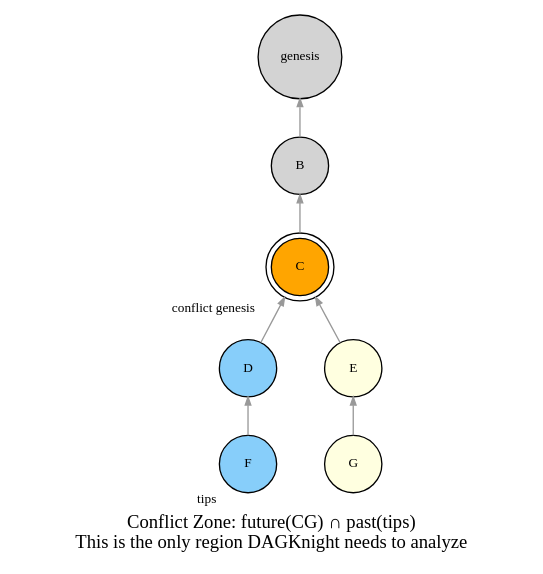
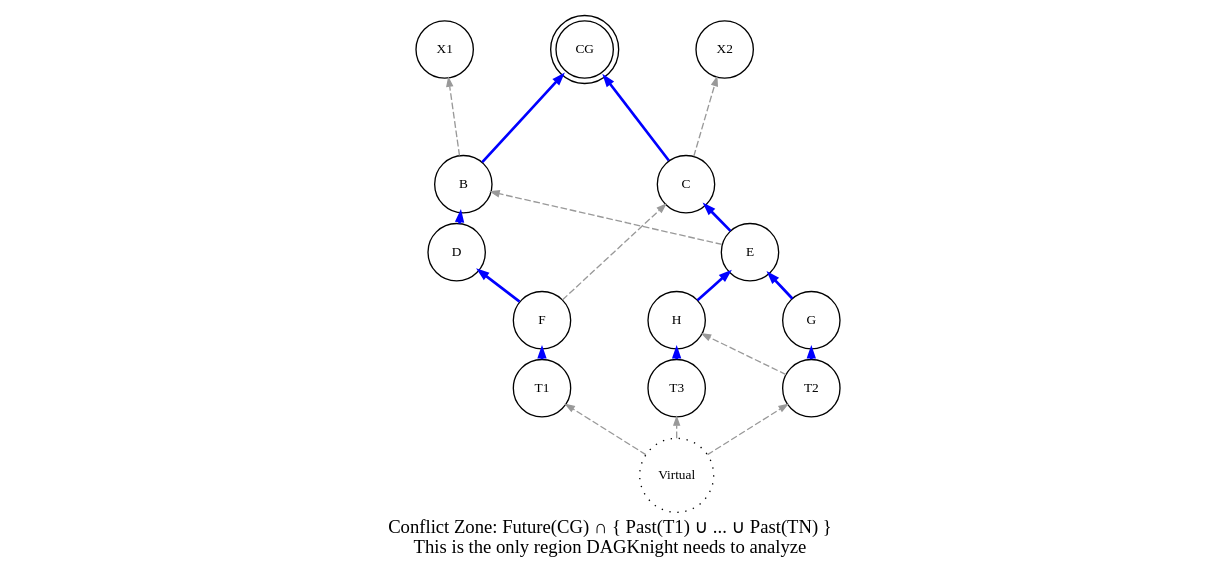
Before and after one commit to coderofstuff/dk-wiki: the diagram in dot/03-conflict-zone.dot, drawn with Graphviz. The commit also changed 9 other files, not shown here.

Commit message:
Improve on conflict zone graphics

```diff
--- a/dot/03-conflict-zone.dot
+++ b/dot/03-conflict-zone.dot
@@ -1,50 +1,64 @@
 digraph conflict_zone {
     rankdir=BT;
-    nodesep=0.5;
-    ranksep=0.4;
-    node [shape=circle, style=filled, fontsize=10, width=0.6, height=0.6];
+    nodesep=0.8;
+    ranksep=0.1;
+    node [shape=circle, style=filled, fontsize=10, width=0.6, height=0.6, fillcolor=white];
     edge [arrowsize=0.6, color=gray60];
 
-    label="Conflict Zone: future(CG) ∩ past(tips)\nThis is the only region DAGKnight needs to analyze";
+    label="Conflict Zone: Future(CG) ∩ { Past(T1) ∪ ... ∪ Past(TN) }\nThis is the only region DAGKnight needs to analyze";
+    labelloc=b;
 
-    F [label="F", fillcolor=lightskyblue, xlabel="tips"];
-    G [label="G", fillcolor=lightyellow];
-    D [label="D", fillcolor=lightskyblue];
-    E [label="E", fillcolor=lightyellow];
-    C [label="C", fillcolor=orange, shape=doublecircle, xlabel="conflict genesis"];
-    B [label="B", fillcolor=lightgray];
-    GEN [label="genesis", fillcolor=lightgray];
-
-    // Edges point backwards (newer → older)
-    F -> D;
-    G -> E;
-    D -> C;
-    E -> C;
-    C -> B;
-    B -> GEN;
-
-    // Force ranking
-    { rank=same; F; G; }
-    { rank=same; D; E; }
-    { rank=same; C; }
-    { rank=same; B; }
-    { rank=same; GEN; }
-
-    // Conflict zone: between CG and tips (this is what DAGKnight analyzes)
-    subgraph cluster_zone {
-        label="Conflict Zone\nfuture(CG) ∩ past(tips)\nDAGKnight analyzes this region";
-        labelloc=t;
-        style=filled;
-        fillcolor=moccasin;
-        F; G; D; E; C;
+    // Left side grouping (invisible cluster for layout matching agreement diagram)
+    subgraph cluster_left {
+        style=invis;
+        T1 [label="T1"];
+        F [label="F"];
+        D [label="D"];
+        B [label="B"];
     }
 
-    // Resolved: below CG (already settled, no re-analysis needed)
-    subgraph cluster_resolved {
-        label="Already Resolved\nbelow conflict genesis\norder is stable";
-        labelloc=b;
-        style=filled;
-        fillcolor=lightgray;
-        B; GEN;
+    // Right side grouping (invisible cluster for layout matching agreement diagram)
+    subgraph cluster_right {
+        style=invis;
+        T2 [label="T2"];
+        T3 [label="T3"];
+        G [label="G"];
+        H [label="H"];
+        E [label="E"];
+        C [label="C"];
     }
+
+    // Bottom blocks
+    CG [label="CG", shape=doublecircle];
+    X1 [label="X1"];
+    X2 [label="X2"];
+
+    // Virtual block
+    Virtual [label="Virtual", shape=circle, style=dotted, fillcolor=white];
+
+    // Blue edges = selected parent (chain-parent path)
+    B -> CG [color=blue, penwidth=2.0];
+    C -> CG [color=blue, penwidth=2.0];
+    D -> B [color=blue, penwidth=2.0];
+    E -> C [color=blue, penwidth=2.0];
+    F -> D [color=blue, penwidth=2.0];
+    G -> E [color=blue, penwidth=2.0];
+    H -> E [color=blue, penwidth=2.0];
+    T1 -> F [color=blue, penwidth=2.0];
+    T2 -> G [color=blue, penwidth=2.0];
+    T3 -> H [color=blue, penwidth=2.0];
+
+    // Gray dashed edges = non-selected parents
+    F -> C [color=gray60, penwidth=1.0, style=dashed];
+    T2 -> H [color=gray60, penwidth=1.0, style=dashed];
+    E -> B [color=gray60, penwidth=1.0, style=dashed];
+
+    // B -> X1 and C -> X2 are non-selected parents
+    B -> X1 [color=gray60, penwidth=1.0, style=dashed];
+    C -> X2 [color=gray60, penwidth=1.0, style=dashed];
+
+    // Virtual block points to all tips
+    Virtual -> T1 [color=gray60, penwidth=1.0, style=dashed];
+    Virtual -> T2 [color=gray60, penwidth=1.0, style=dashed];
+    Virtual -> T3 [color=gray60, penwidth=1.0, style=dashed];
 }
```
